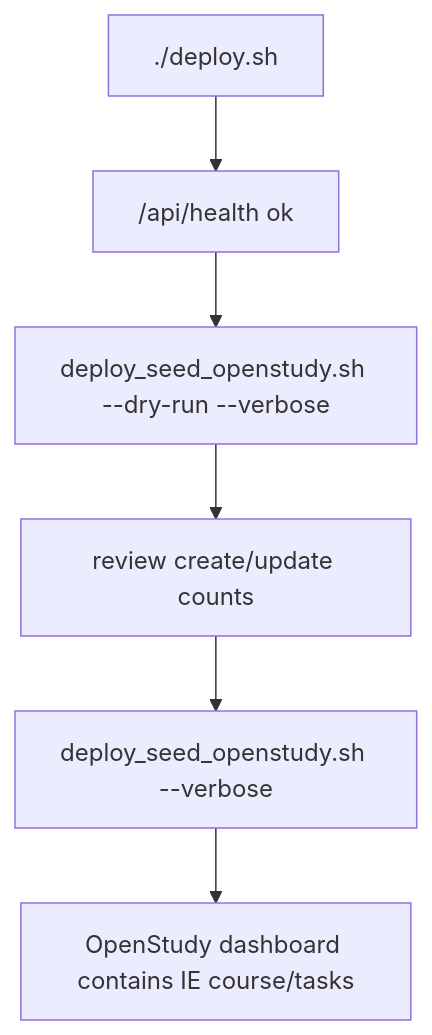
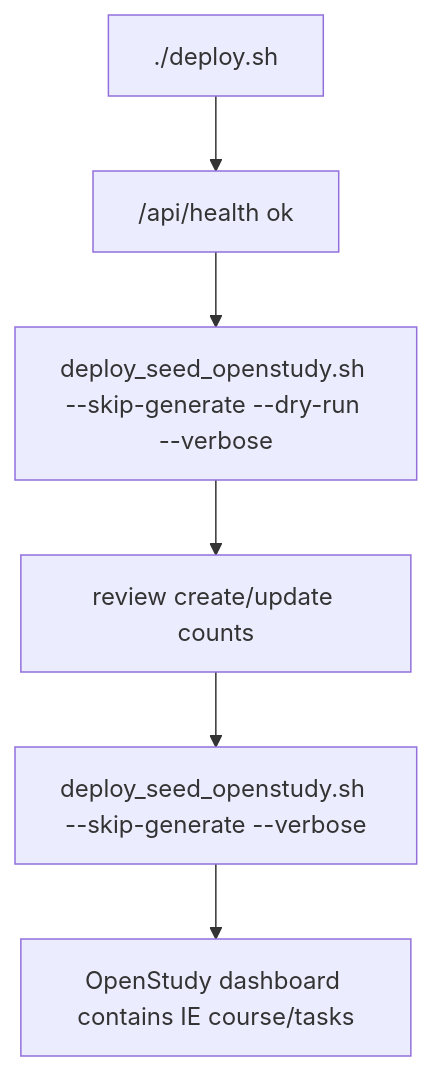
Before and after one commit to asce1062/OpenStudy: the diagram in docs/interview-engineering/deployment.md, drawn with Mermaid. The commit also changed other lines of this file and 7 other files, not shown here.

````diff
--- a/docs/interview-engineering/deployment.md
+++ b/docs/interview-engineering/deployment.md
@@ -23,8 +23,8 @@
 ```mermaid
 flowchart TD
     Deploy["./deploy.sh"] --> Health["/api/health ok"]
-    Health --> DryRun["deploy_seed_openstudy.sh --dry-run --verbose"]
+    Health --> DryRun["deploy_seed_openstudy.sh --skip-generate --dry-run --verbose"]
     DryRun --> Review["review create/update counts"]
-    Review --> Apply["deploy_seed_openstudy.sh --verbose"]
+    Review --> Apply["deploy_seed_openstudy.sh --skip-generate --verbose"]
     Apply --> Dashboard["OpenStudy dashboard contains IE course/tasks"]
 ```
````
